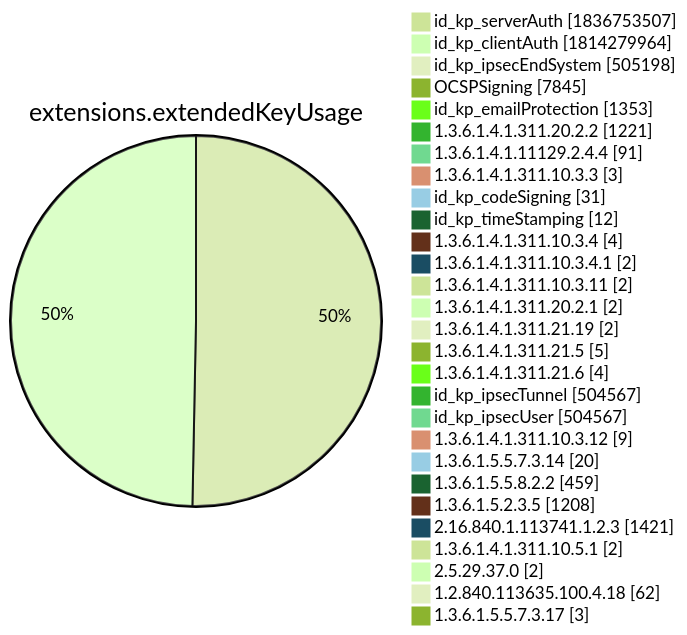
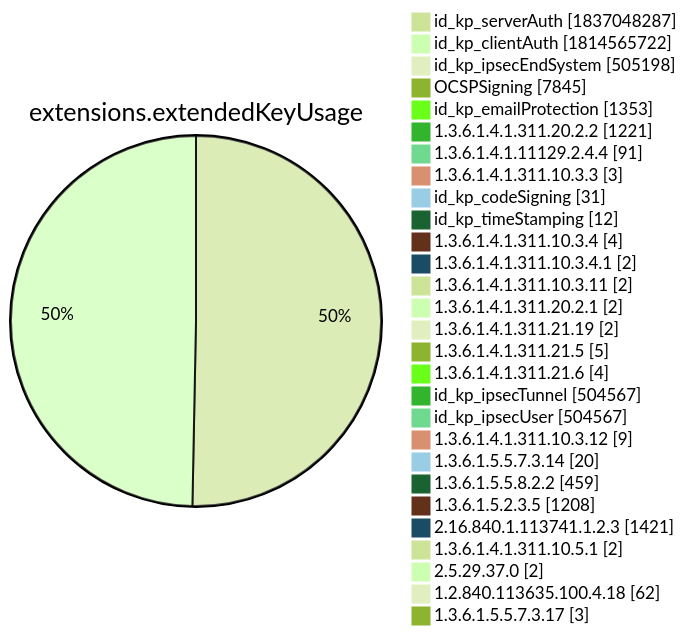
Before and after one commit to christiankrug/ctmonitor_visualization: diagram 12 of 15 in xenon2022/README.md, drawn with Mermaid (forest theme). The commit also changed other lines of this file, not shown here.

````diff
--- a/xenon2022/README.md
+++ b/xenon2022/README.md
@@ -3896,32 +3896,32 @@
 ```mermaid
 pie showData
 title extensions.extendedKeyUsage
-"id_kp_serverAuth" :1836753507
-"id_kp_clientAuth" :1814279964
+"id_kp_serverAuth" :1837048287
+"id_kp_clientAuth" :1814565722
 "id_kp_ipsecEndSystem" :505198
 "OCSPSigning" :7845
 "id_kp_emailProtection" :1353
 "1.3.6.1.4.1.311.20.2.2" :1221
 "1.3.6.1.4.1.11129.2.4.4" :91
 "1.3.6.1.4.1.311.10.3.3" :3
 "id_kp_codeSigning" :31
 "id_kp_timeStamping" :12
 "1.3.6.1.4.1.311.10.3.4" :4
 "1.3.6.1.4.1.311.10.3.4.1" :2
 "1.3.6.1.4.1.311.10.3.11" :2
 "1.3.6.1.4.1.311.20.2.1" :2
 "1.3.6.1.4.1.311.21.19" :2
 "1.3.6.1.4.1.311.21.5" :5
 "1.3.6.1.4.1.311.21.6" :4
 "id_kp_ipsecTunnel" :504567
 "id_kp_ipsecUser" :504567
 "1.3.6.1.4.1.311.10.3.12" :9
 "1.3.6.1.5.5.7.3.14" :20
 "1.3.6.1.5.5.8.2.2" :459
 "1.3.6.1.5.2.3.5" :1208
 "2.16.840.1.113741.1.2.3" :1421
 "1.3.6.1.4.1.311.10.5.1" :2
 "2.5.29.37.0" :2
 "1.2.840.113635.100.4.18" :62
 "1.3.6.1.5.5.7.3.17" :3
 ```
````
